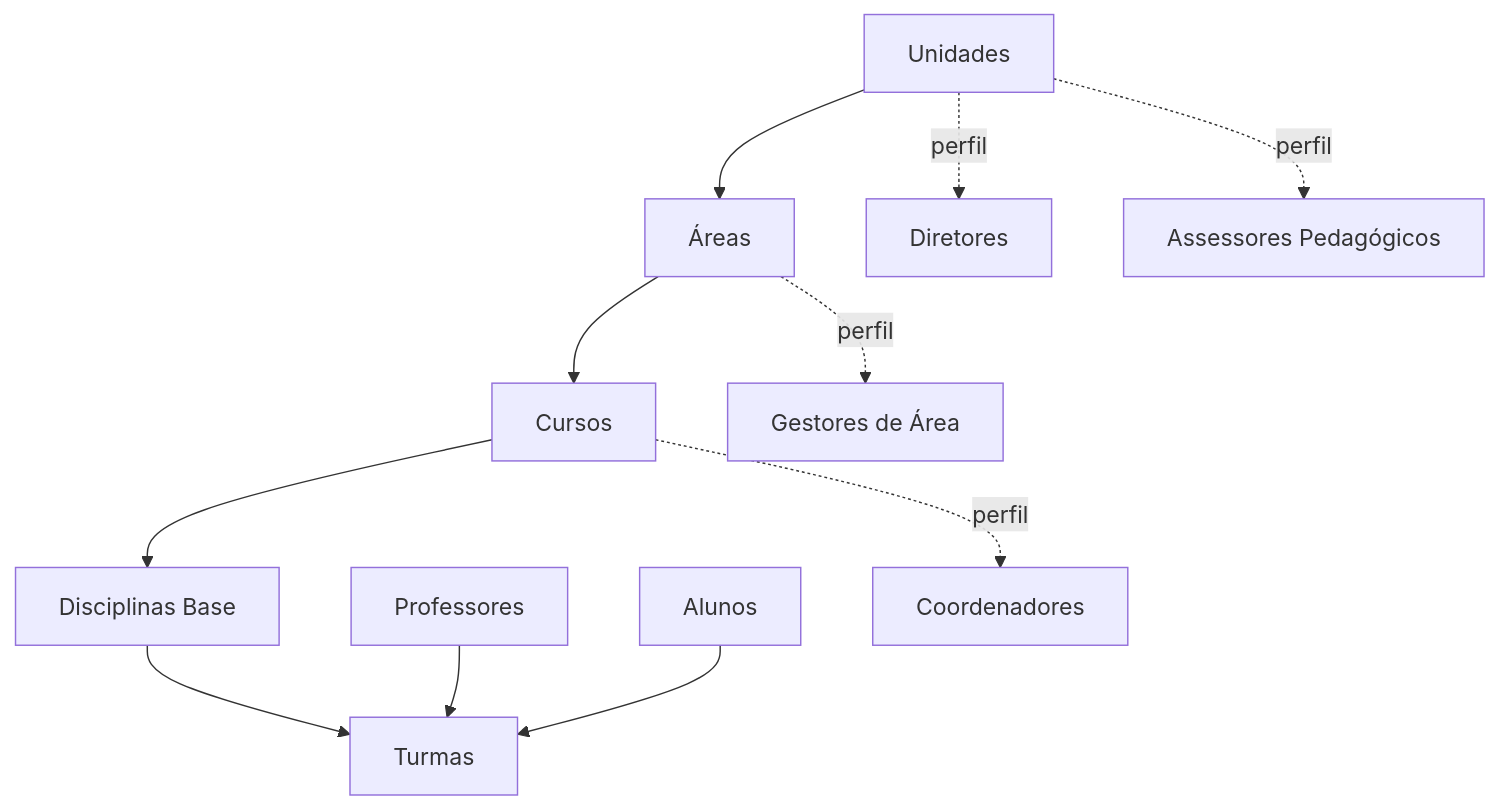
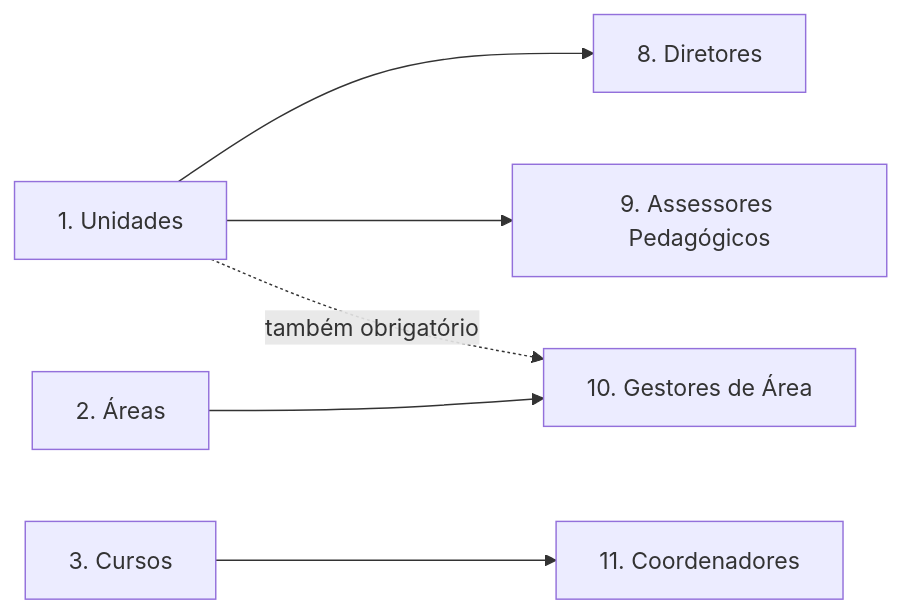
One commit to ldasistemas/proextend-integration-docs changed the fifth of 6 diagrams in docs/fluxo-de-sincronizacao.md. Above: the diagram before and after it, drawn with Mermaid. The commit also changed other lines of this file and 11 other files, not shown here.

````diff
--- a/docs/fluxo-de-sincronizacao.md
+++ b/docs/fluxo-de-sincronizacao.md
@@ -20,26 +69,8 @@
 ```mermaid
-flowchart TD
-    U["Unidades"]
-    AR["Áreas"]
-    CU["Cursos"]
-    DI["Disciplinas Base"]
-    TU["Turmas"]
-    PR["Professores"]
-    AL["Alunos"]
-    DIR["Diretores"]
-    ASSES["Assessores Pedagógicos"]
-    GEST["Gestores de Área"]
-    COORD["Coordenadores"]
-
-    U --> AR
-    AR --> CU
-    CU --> DI
-    DI --> TU
-    PR --> TU
-    AL --> TU
-
-    U -.->|perfil| DIR
-    U -.->|perfil| ASSES
-    AR -.->|perfil| GEST
-    CU -.->|perfil| COORD
+flowchart LR
+    UNI[1. Unidades] --> DIR[8. Diretores]
+    UNI --> ASSES[9. Assessores Pedagógicos]
+    AREA[2. Áreas] --> GEST[10. Gestores de Área]
+    UNI -.->|também obrigatório| GEST
+    CURSO[3. Cursos] --> COORD[11. Coordenadores]
 ```
````
